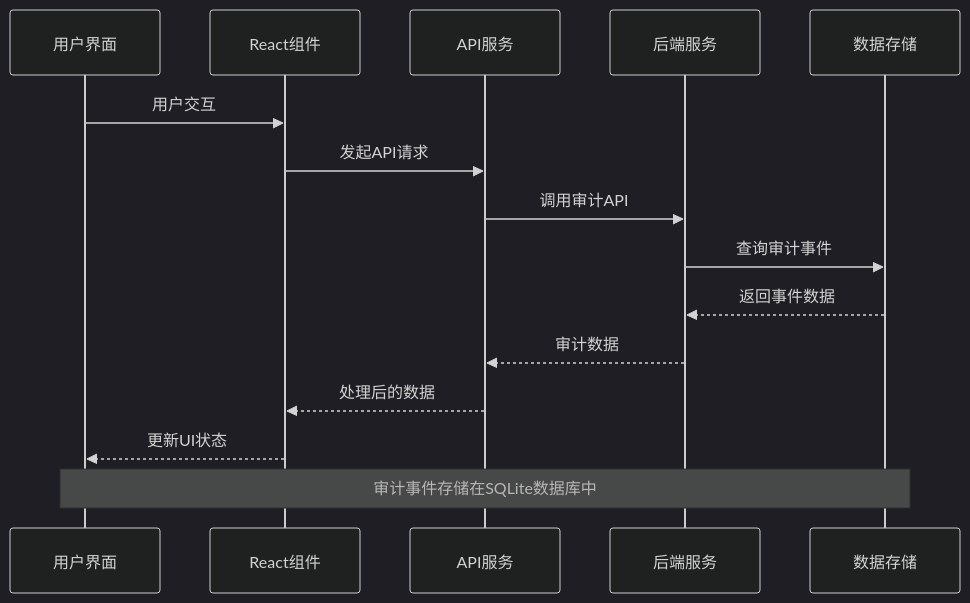
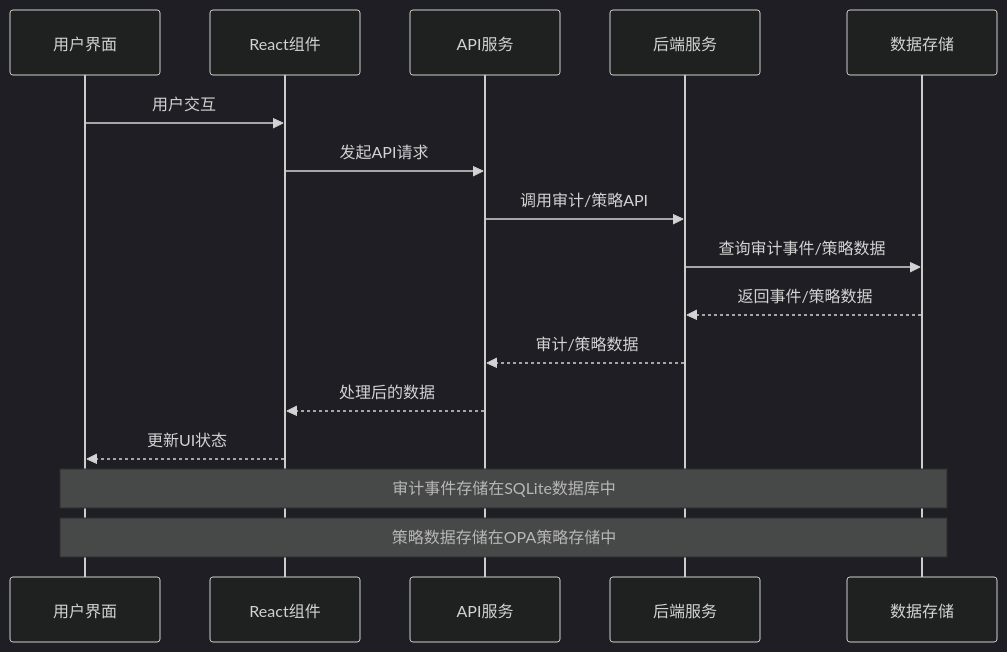
One commit to inier/ontology-graphiti changed the second of 11 diagrams in .qoder/repowiki/zh/content/前端架构/业务模块前端实现/Audit模块.md. Above: the diagram before and after it, drawn with Mermaid (dark theme). The commit also changed other lines of this file and 64 other files, not shown here.

````diff
--- a/.qoder/repowiki/zh/content/前端架构/业务模块前端实现/Audit模块.md
+++ b/.qoder/repowiki/zh/content/前端架构/业务模块前端实现/Audit模块.md
@@ -95,17 +133,18 @@
 ```mermaid
 sequenceDiagram
 participant U as 用户界面
 participant C as React组件
 participant S as API服务
 participant B as 后端服务
 participant D as 数据存储
 U->>C : 用户交互
 C->>S : 发起API请求
-S->>B : 调用审计API
-B->>D : 查询审计事件
-D-->>B : 返回事件数据
-B-->>S : 审计数据
+S->>B : 调用审计/策略API
+B->>D : 查询审计事件/策略数据
+D-->>B : 返回事件/策略数据
+B-->>S : 审计/策略数据
 S-->>C : 处理后的数据
 C-->>U : 更新UI状态
 Note over U,D : 审计事件存储在SQLite数据库中
+Note over U,D : 策略数据存储在OPA策略存储中
 ```
````
